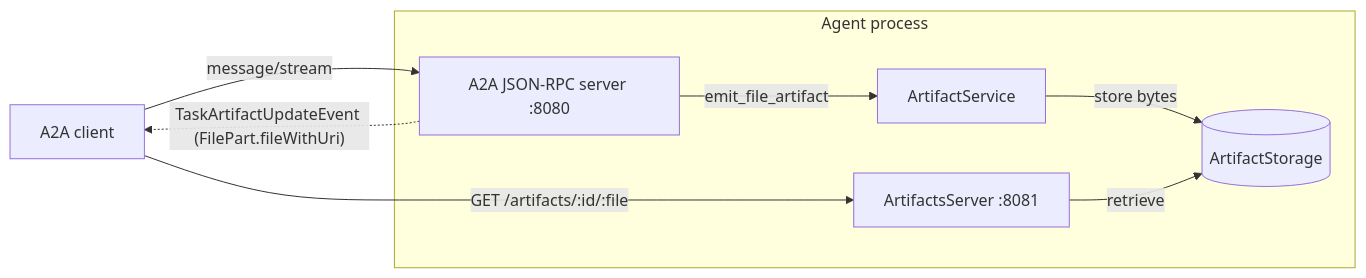
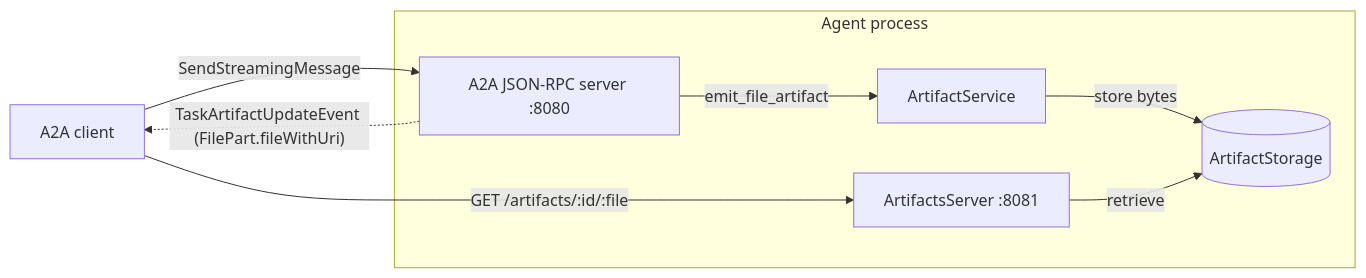
The diagram in rust-adk.md (inference-gateway/docs), drawn with Mermaid before and after one commit. The commit also changed other lines of this file and 3 other files, not shown here.

````diff
--- a/rust-adk.md
+++ b/rust-adk.md
@@ -789,16 +791,16 @@
 ```mermaid
 flowchart LR
     client["A2A client"]
     subgraph proc["Agent process"]
       a2a["A2A JSON-RPC server :8080"]
       artsrv["ArtifactsServer :8081"]
       svc["ArtifactService"]
       store[("ArtifactStorage")]
     end
-    client -->|"message/stream"| a2a
+    client -->|"SendStreamingMessage"| a2a
     a2a -->|"emit_file_artifact"| svc
     svc -->|"store bytes"| store
     a2a -.->|"TaskArtifactUpdateEvent (FilePart.fileWithUri)"| client
     client -->|"GET /artifacts/:id/:file"| artsrv
     artsrv -->|"retrieve"| store
 ```
````
